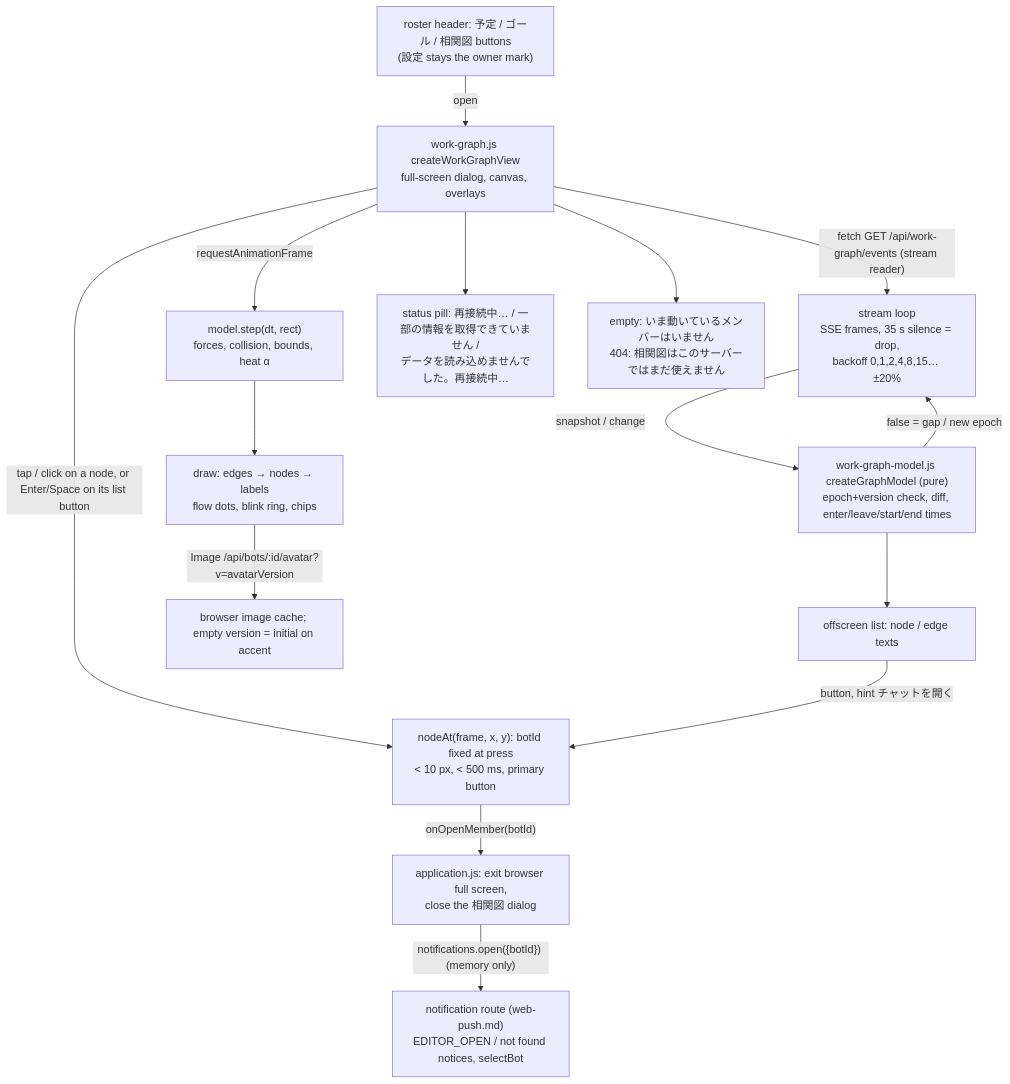
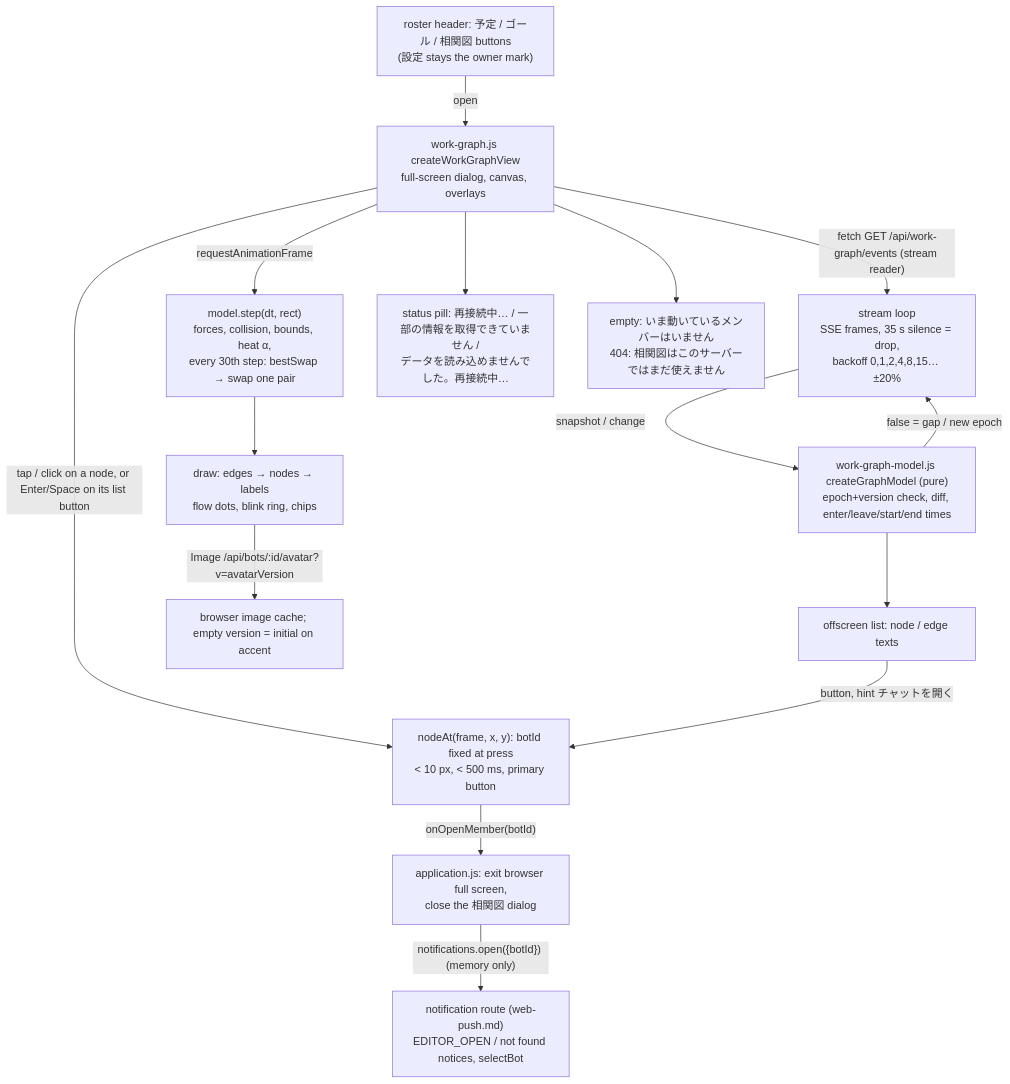
Before and after one commit to kitepon/BellTeam: the diagram in docs/architecture/modules/web/work-graph.md, drawn with Mermaid. The commit also changed other lines of this file and 2 other files, not shown here.

First line of the commit message:
web: work-graph uncrossing swaps (spec e55f1580)

````diff
--- a/docs/architecture/modules/web/work-graph.md
+++ b/docs/architecture/modules/web/work-graph.md
@@ -7,17 +7,17 @@
 ```mermaid
 flowchart TD
   Nav["roster header: 予定 / ゴール / 相関図 buttons<br/>(設定 stays the owner mark)"] -->|open| View["work-graph.js createWorkGraphView<br/>full-screen dialog, canvas, overlays"]
   View -->|"fetch GET /api/work-graph/events (stream reader)"| Stream["stream loop<br/>SSE frames, 35 s silence = drop,<br/>backoff 0,1,2,4,8,15… ±20%"]
   Stream -->|snapshot / change| Model["work-graph-model.js createGraphModel (pure)<br/>epoch+version check, diff, enter/leave/start/end times"]
   Model -->|"false = gap / new epoch"| Stream
-  View -->|requestAnimationFrame| Step["model.step(dt, rect)<br/>forces, collision, bounds, heat α"]
+  View -->|requestAnimationFrame| Step["model.step(dt, rect)<br/>forces, collision, bounds, heat α,<br/>every 30th step: bestSwap → swap one pair"]
   Step --> Draw["draw: edges → nodes → labels<br/>flow dots, blink ring, chips"]
   Model --> A11y["offscreen list: node / edge texts"]
   View --> Pills["status pill: 再接続中… / 一部の情報を取得できていません /<br/>データを読み込めませんでした。再接続中…"]
   View --> Empty["empty: いま動いているメンバーはいません<br/>404: 相関図はこのサーバーではまだ使えません"]
   Draw -->|"Image /api/bots/:id/avatar?v=avatarVersion"| Avatars["browser image cache; empty version = initial on accent"]
   View -->|"tap / click on a node, or Enter/Space on its list button"| Tap["nodeAt(frame, x, y): botId fixed at press<br/>&lt; 10 px, &lt; 500 ms, primary button"]
   A11y -->|"button, hint チャットを開く"| Tap
   Tap -->|"onOpenMember(botId)"| App["application.js: exit browser full screen,<br/>close the 相関図 dialog"]
   App -->|"notifications.open({botId}) (memory only)"| Route["notification route (web-push.md)<br/>EDITOR_OPEN / not found notices, selectBot"]
 ```
````
